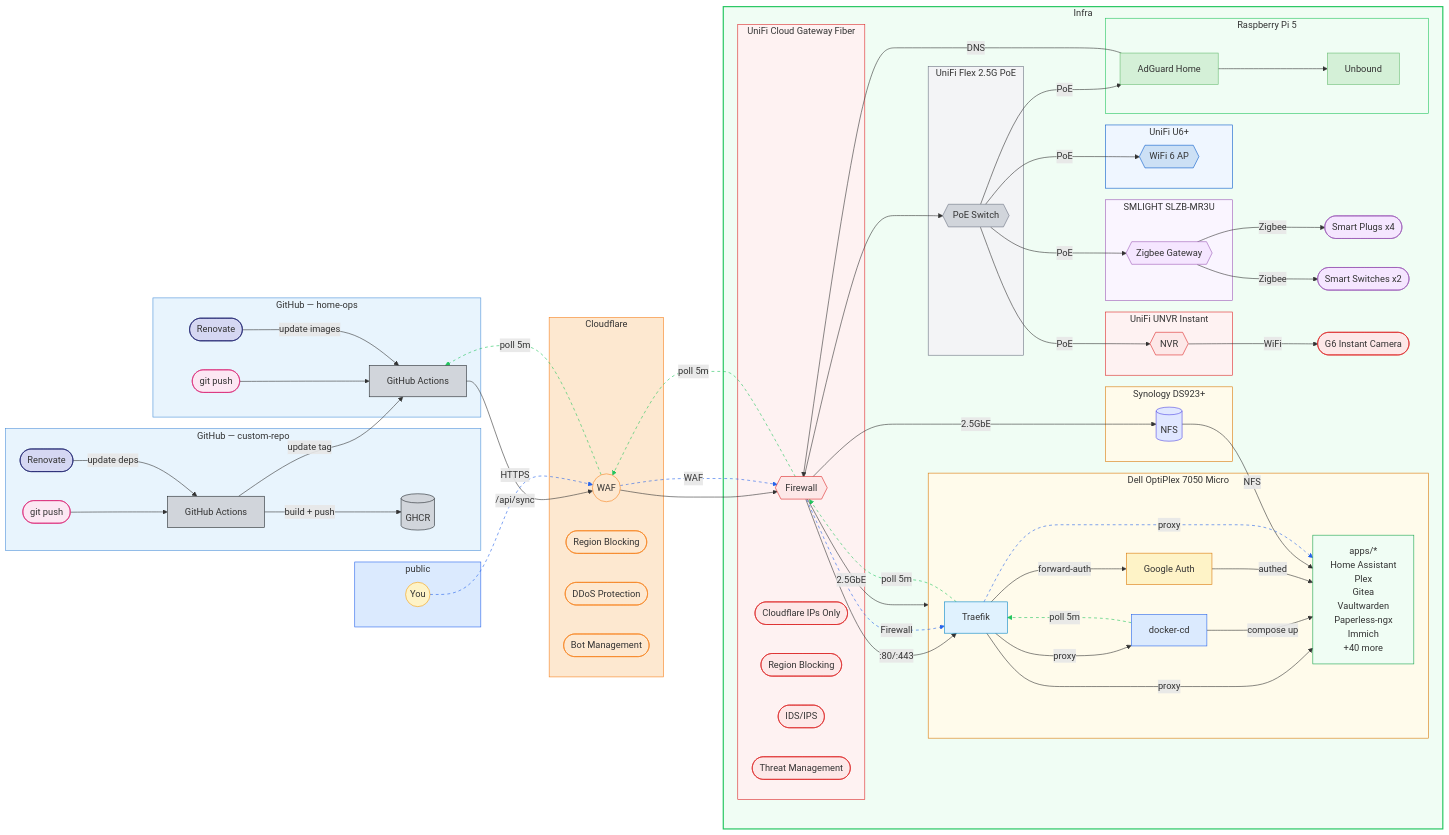
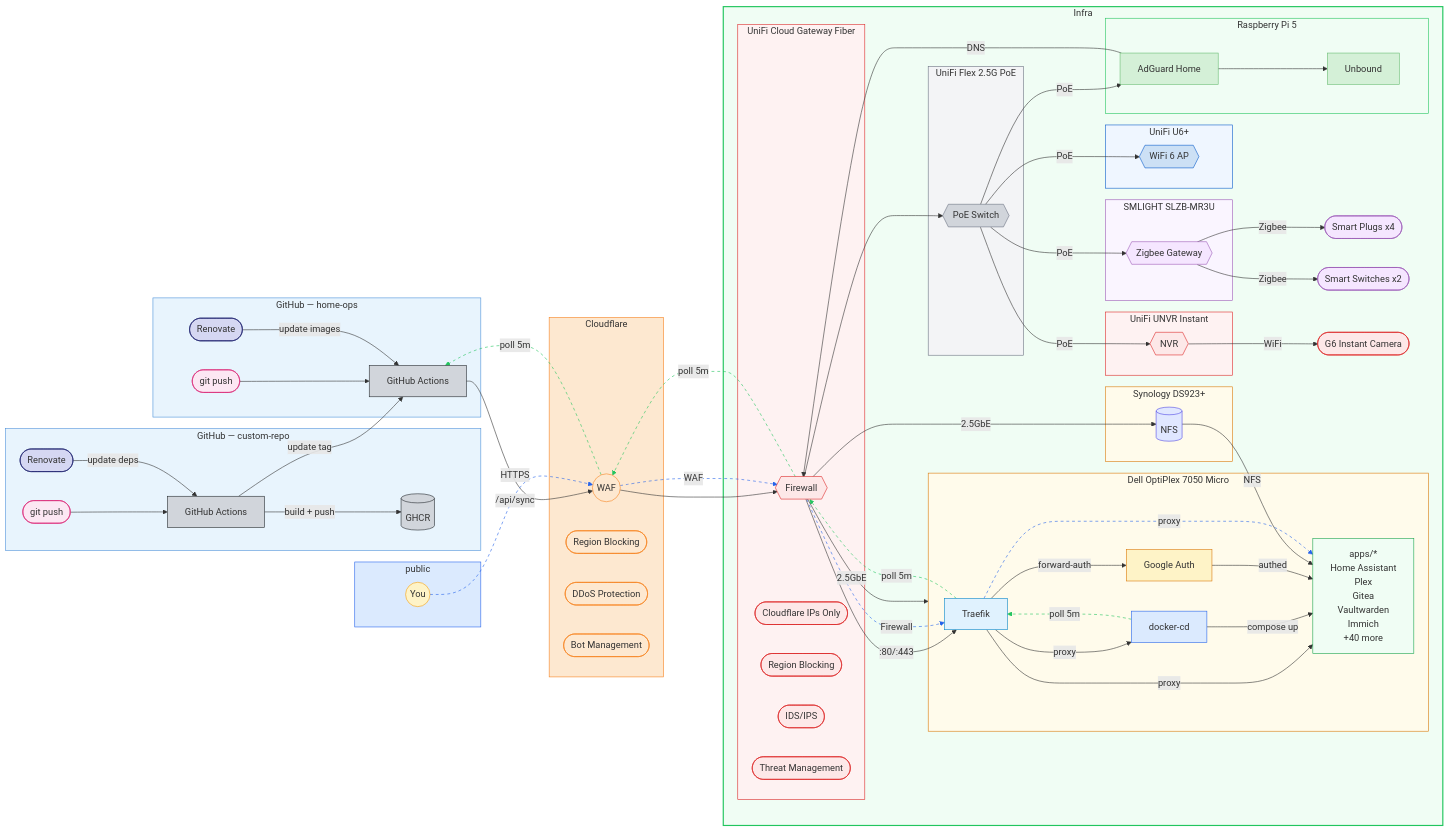
Before and after one commit to wajeht/home-ops: the diagram in README.md, drawn with Mermaid. The commit also changed 8 other files, not shown here.

```diff
--- a/README.md
+++ b/README.md
@@ -54,7 +54,6 @@
             Plex
             Gitea
             Vaultwarden
-            Paperless-ngx
             Immich
             +40 more"]
         end
```
